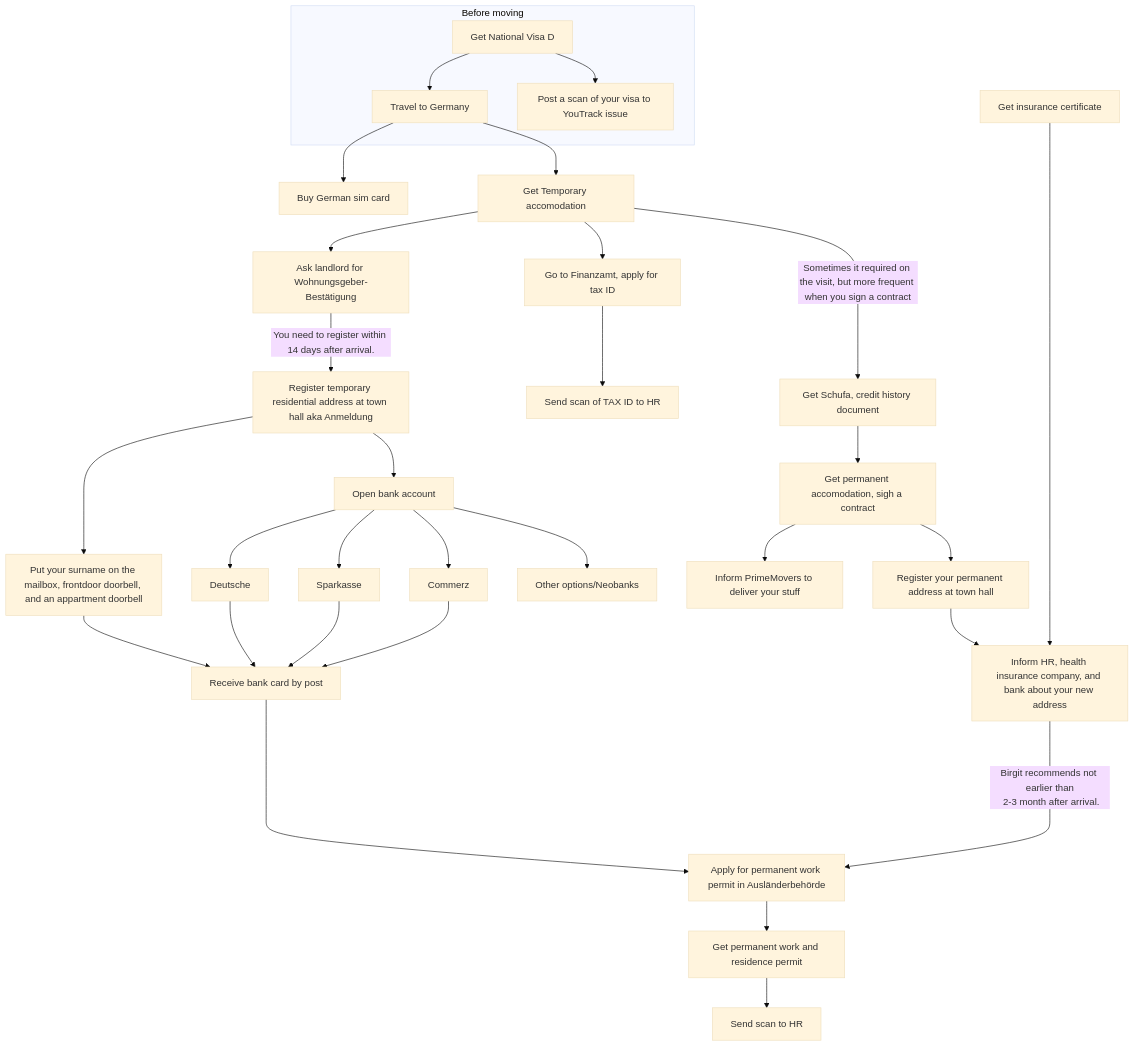
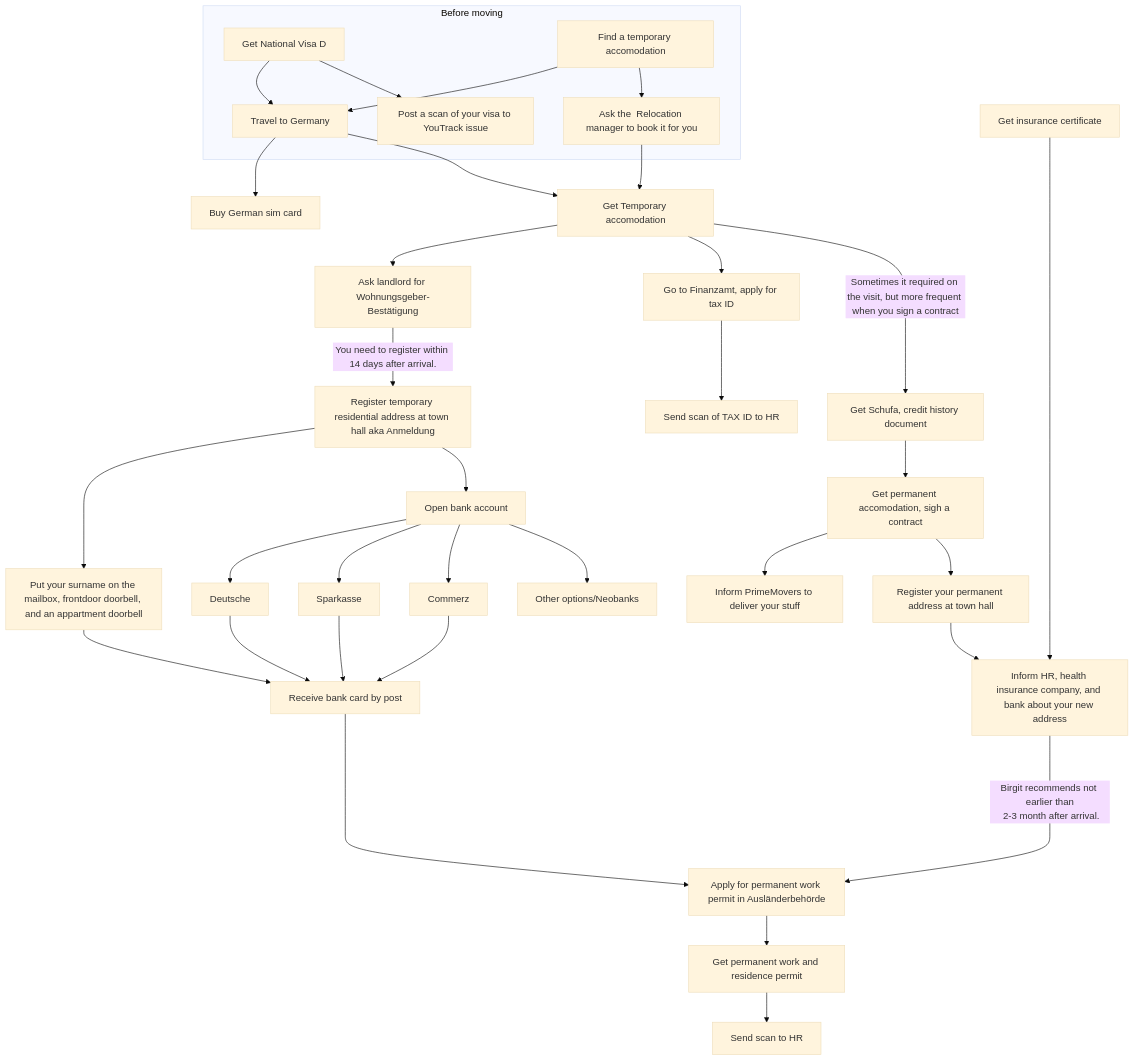
One commit to lananovikova10/howtoberlin changed the diagram in sequence-of-steps.md. Above: the diagram before and after it, drawn with Mermaid (base theme).

Commit message:
Adds "Find temporary accomodation" node

````diff
--- a/sequence-of-steps.md
+++ b/sequence-of-steps.md
@@ -3,31 +3,34 @@
 ```mermaid
 graph TB
     subgraph Before moving
-    A[Get National Visa D] --> U[Travel to Germany]
-    A --> R[Post a scan of your visa to YouTrack issue]
+        A[Get National Visa D] --> U[Travel to Germany]
+        TEMP[Find a temporary accomodation] --> U
+        TEMP --> BOOK[Ask the  Relocation manager to book it for you]
+        A --> R[Post a scan of your visa to YouTrack issue]
     end
     U --> P[Buy German sim card]
     U --> B[Get Temporary accomodation]
+    BOOK --> B
     B --> O[Ask landlord for Wohnungsgeber-Bestätigung]
     Q[Get insurance certificate] -------> L
     O --> |You need to register within 14 days after arrival.| W[Register temporary residential address at town hall aka Anmeldung]
     B --> G[Go to Finanzamt, apply for tax ID]
     W --> X[Put your surname on the mailbox, frontdoor doorbell, and an appartment doorbell]
     W --> C[Open bank account]
     C --> D[Deutsche]
     C --> E[Sparkasse]
     C --> F[Commerz]
     C --> V[Other options/Neobanks]
     D & E & F --> Y[Receive bank card by post]
     X --> Y
     G --> H[Send scan of TAX ID to HR]
-    B --> |Sometimes it required on the visit, but more frequent <br/>when you sign a contract|Z[Get Schufa, credit history document] 
+    B --> |Sometimes it required on the visit, but more frequent <br/>when you sign a contract|Z[Get Schufa, credit history document]
     Z --> J[Get permanent accomodation, sigh a contract]
     J --> I[Inform PrimeMovers to deliver your stuff]
     J --> K[Register your permanent address at town hall]
     K --> L[Inform HR, health insurance company, and bank about your new address]
     L ----> |Birgit recommends not earlier than<br/> 2-3 month after arrival.| M[Apply for permanent work permit in Ausländerbehörde]
     M --> T[Get permanent work and residence permit]
     T --> N[Send scan to HR]
     Y ----> M
 ```
````
